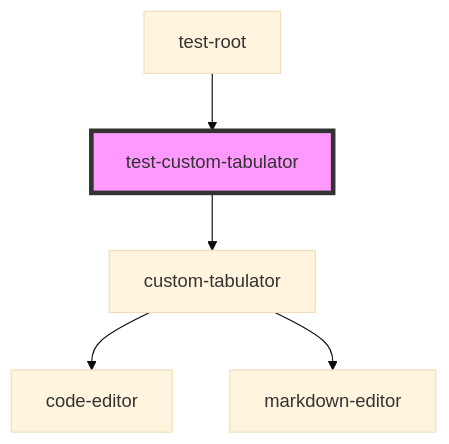
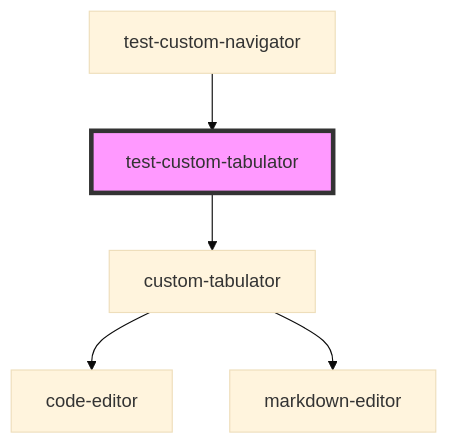
The diagram in src/components/test-custom-tabulator/readme.md (all41-dev/front.lib), drawn with Mermaid (base theme) before and after one commit. The commit also changed other lines of this file and 8 other files, not shown here.

````diff
--- a/src/components/test-custom-tabulator/readme.md
+++ b/src/components/test-custom-tabulator/readme.md
@@ -19,8 +19,8 @@
 ```mermaid
 graph TD;
   test-custom-tabulator --> custom-tabulator
   custom-tabulator --> code-editor
   custom-tabulator --> markdown-editor
-  test-root --> test-custom-tabulator
+  test-custom-navigator --> test-custom-tabulator
   style test-custom-tabulator fill:#f9f,stroke:#333,stroke-width:4px
 ```
````
